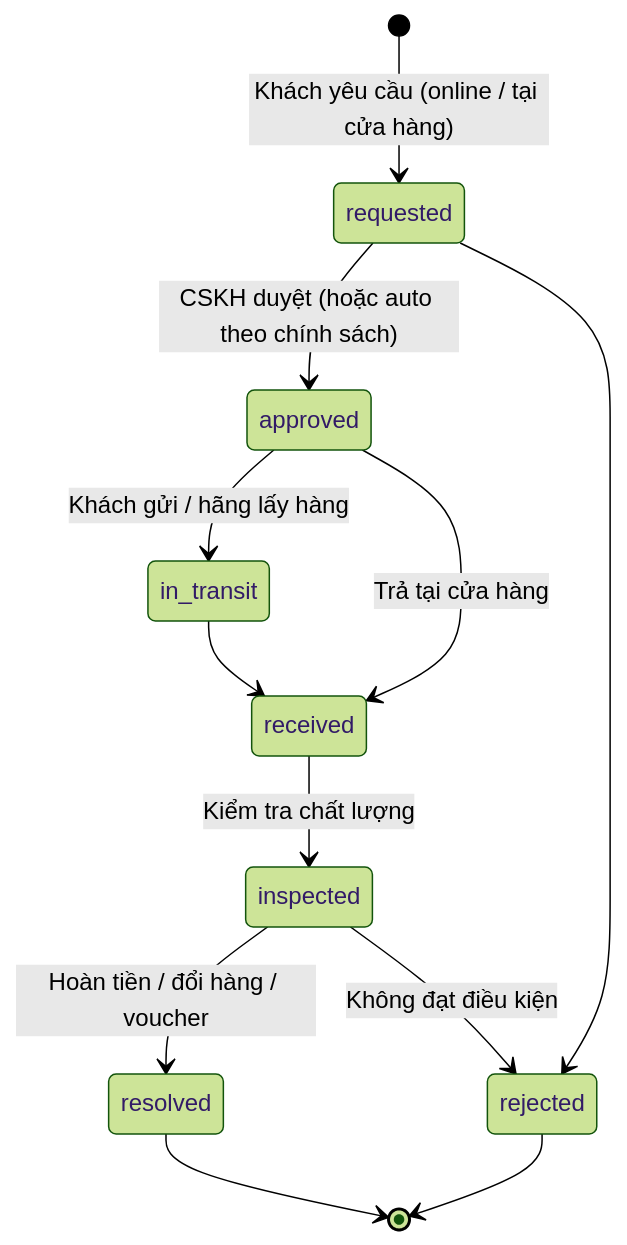
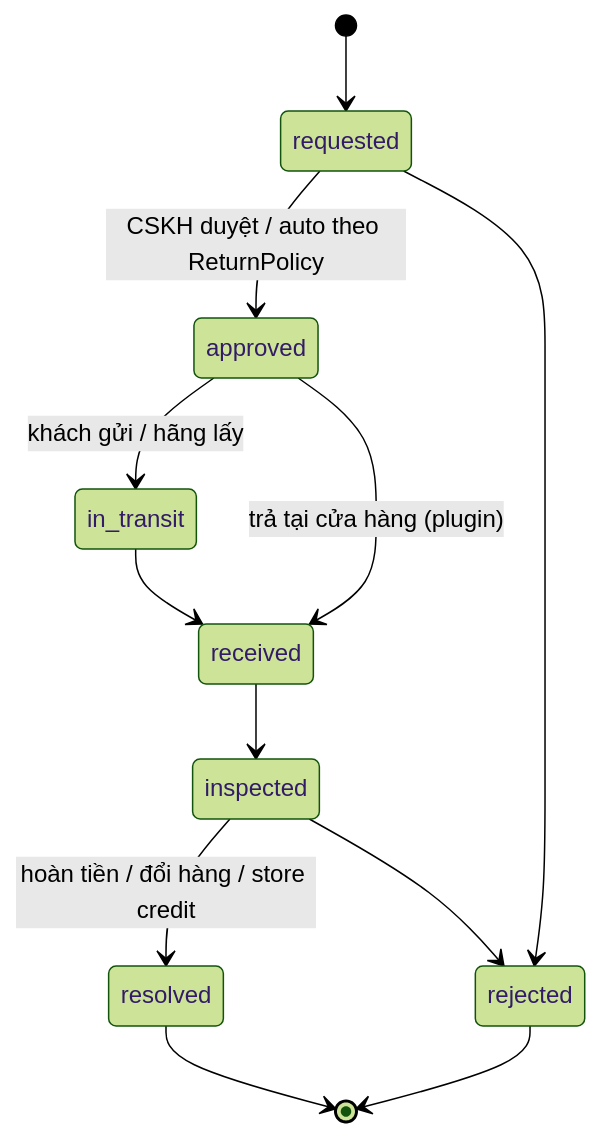
The third of 3 diagrams in docs/09-order/order.md (ptdat97/vanishop), drawn with Mermaid (forest theme) before and after one commit. The commit also changed other lines of this file and 58 other files, not shown here.

````diff
--- a/docs/09-order/order.md
+++ b/docs/09-order/order.md
@@ -151,14 +100,14 @@
 ```mermaid
 stateDiagram-v2
-    [*] --> requested: Khách yêu cầu (online / tại cửa hàng)
-    requested --> approved: CSKH duyệt (hoặc auto theo chính sách)
+    [*] --> requested
+    requested --> approved: CSKH duyệt / auto theo ReturnPolicy
     requested --> rejected
-    approved --> in_transit: Khách gửi / hãng lấy hàng
-    approved --> received: Trả tại cửa hàng
+    approved --> in_transit: khách gửi / hãng lấy
+    approved --> received: trả tại cửa hàng (plugin)
     in_transit --> received
-    received --> inspected: Kiểm tra chất lượng
-    inspected --> resolved: Hoàn tiền / đổi hàng / voucher
-    inspected --> rejected: Không đạt điều kiện
+    received --> inspected
+    inspected --> resolved: hoàn tiền / đổi hàng / store credit
+    inspected --> rejected
     resolved --> [*]
     rejected --> [*]
 ```
````
